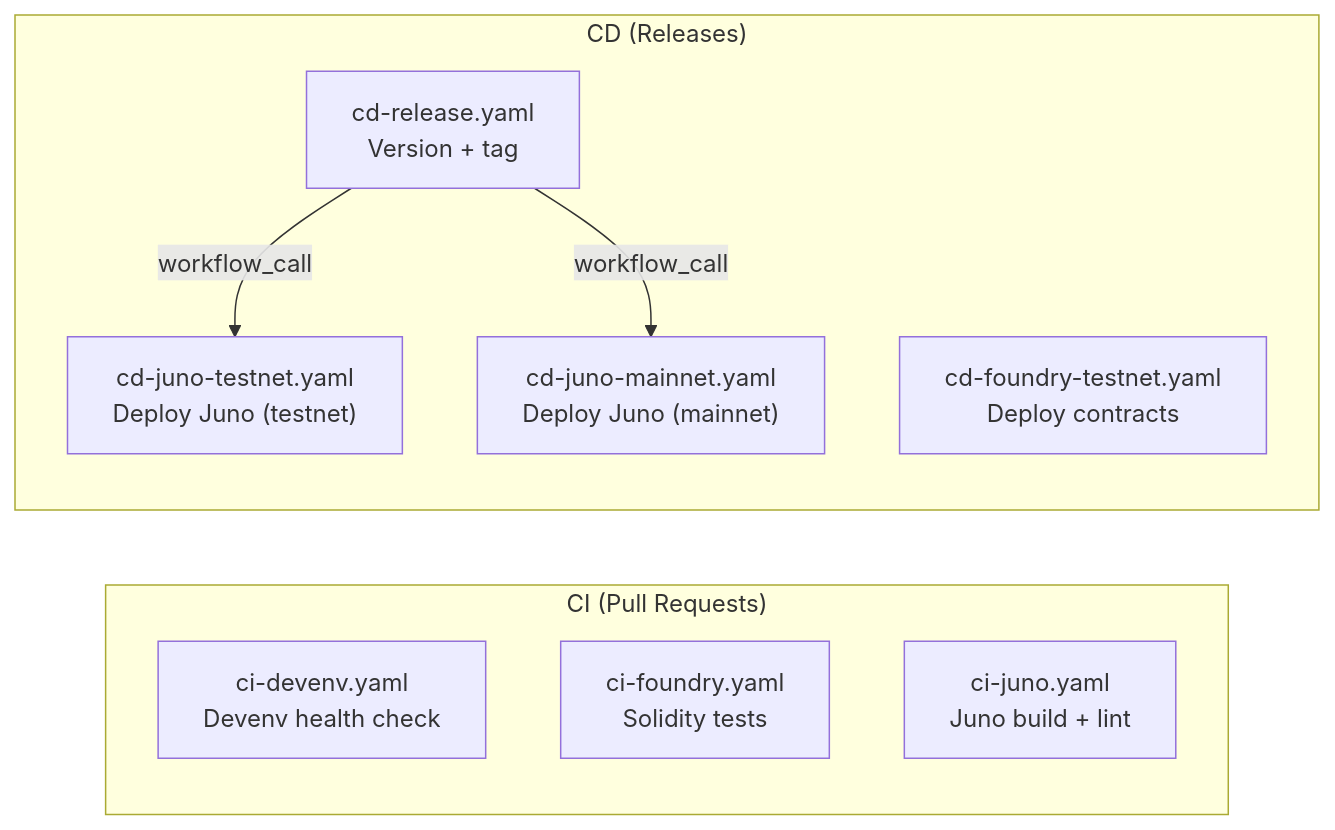
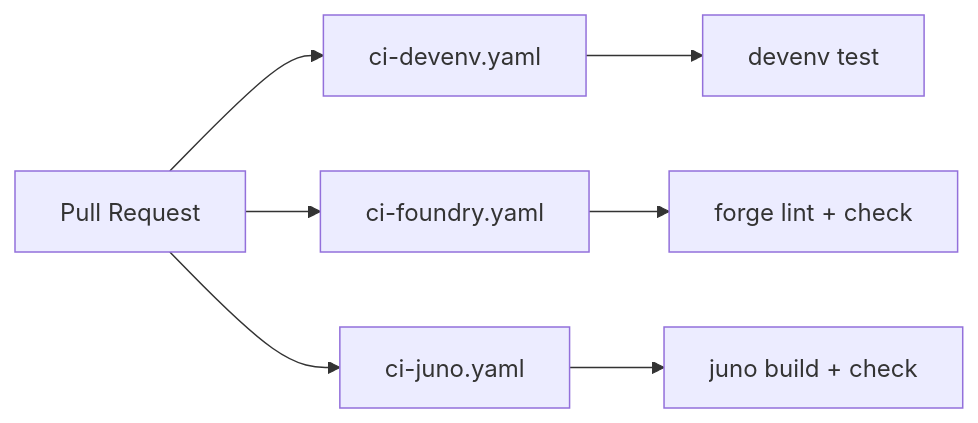
Before and after one commit to tresr-community/tresr-game: the second of 2 diagrams in docs/ci-cd.md, drawn with Mermaid. The commit also changed other lines of this file and 16 other files, not shown here.

````diff
--- a/docs/ci-cd.md
+++ b/docs/ci-cd.md
@@ -44,18 +26,10 @@
 ```mermaid
-flowchart LR
-    subgraph "CI (Pull Requests)"
-        CI1["ci-devenv.yaml<br/>Devenv health check"]
-        CI2["ci-foundry.yaml<br/>Solidity tests"]
-        CI3["ci-juno.yaml<br/>Juno build + lint"]
-    end
+graph LR
+    PR["Pull Request"] --> CI["ci-devenv.yaml"]
+    PR --> FCI["ci-foundry.yaml"]
+    PR --> JCI["ci-juno.yaml"]
 
-    subgraph "CD (Releases)"
-        CD1["cd-release.yaml<br/>Version + tag"]
-        CD2["cd-foundry-testnet.yaml<br/>Deploy contracts"]
-        CD3["cd-juno-testnet.yaml<br/>Deploy Juno (testnet)"]
-        CD4["cd-juno-mainnet.yaml<br/>Deploy Juno (mainnet)"]
-    end
-
-    CD1 -->|workflow_call| CD3
-    CD1 -->|workflow_call| CD4
+    CI --> T1["devenv test"]
+    FCI --> T2["forge lint + check"]
+    JCI --> T3["juno build + check"]
 ```
````
